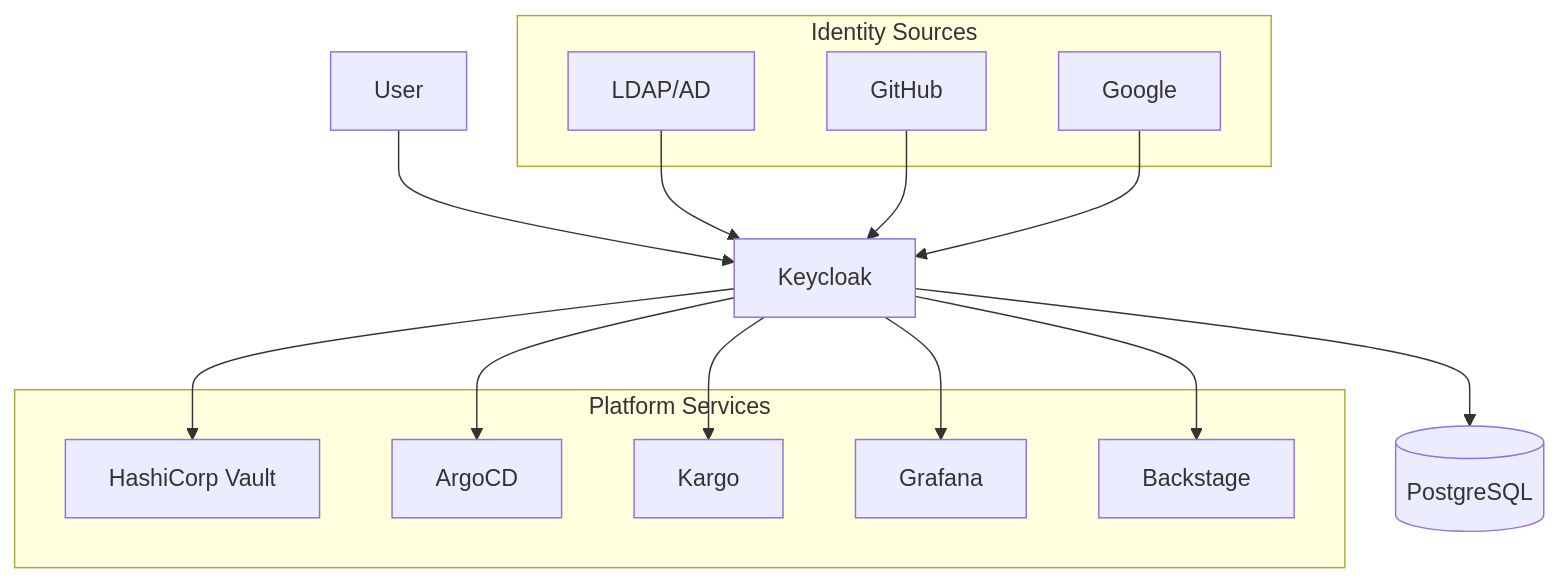
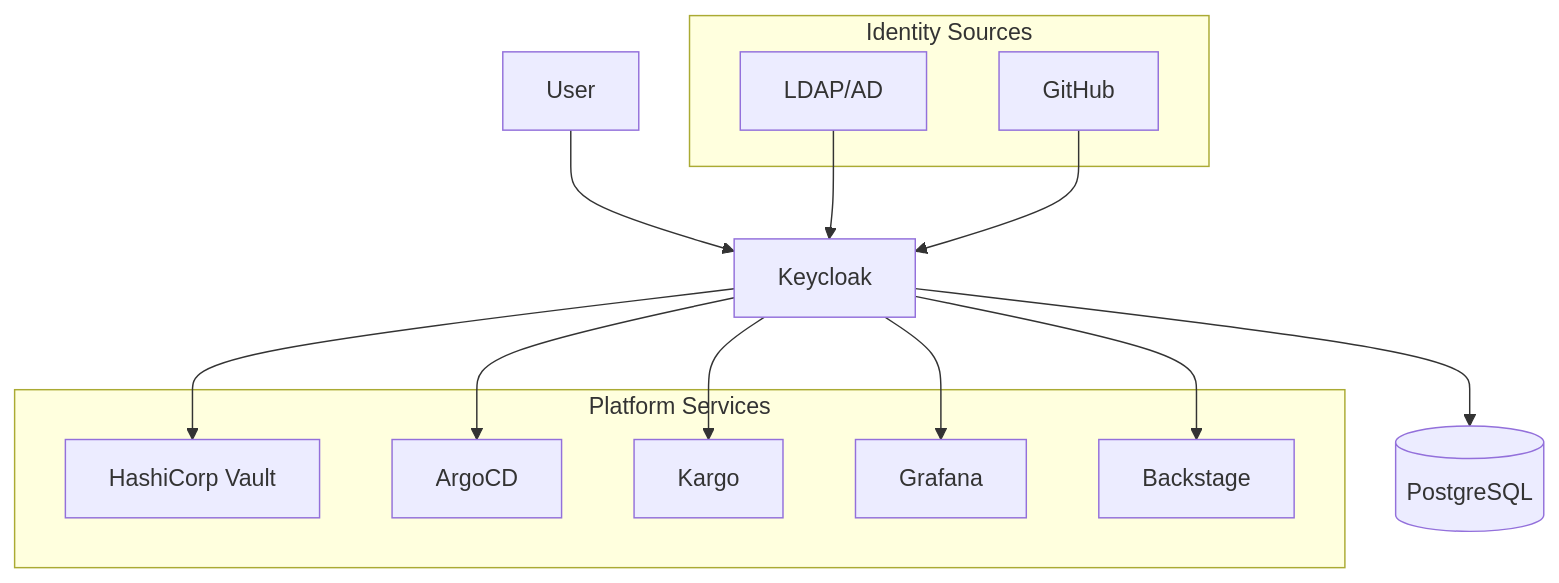
Before and after one commit to thatmlopsguy/dokaseca-control-plane: the diagram in docs/identity.md, drawn with Mermaid.

Commit message:
feat: remove Google identity source from architecture diagram in identity.md

````diff
--- a/docs/identity.md
+++ b/docs/identity.md
@@ -17,29 +17,27 @@
 ```mermaid
 graph TB
     User[User] --> KC[Keycloak]
     KC --> Vault[HashiCorp Vault]
     KC --> ArgoCD[ArgoCD]
     KC --> Kargo[Kargo]
     KC --> Grafana[Grafana]
     KC --> Backstage[Backstage]
 
     KC --> DB[(PostgreSQL)]
 
     subgraph "Identity Sources"
         LDAP[LDAP/AD]
         GitHub[GitHub]
-        Google[Google]
     end
 
     LDAP --> KC
     GitHub --> KC
-    Google --> KC
 
     subgraph "Platform Services"
         Vault
         ArgoCD
         Kargo
         Grafana
         Backstage
     end
 ```
````
